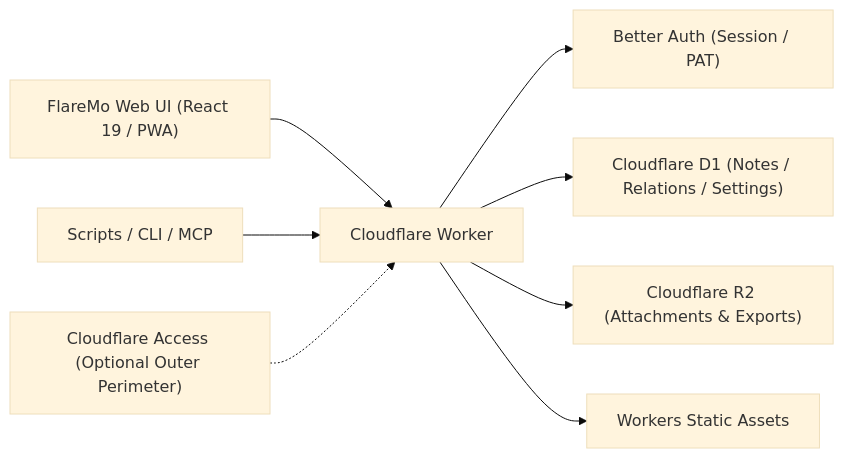
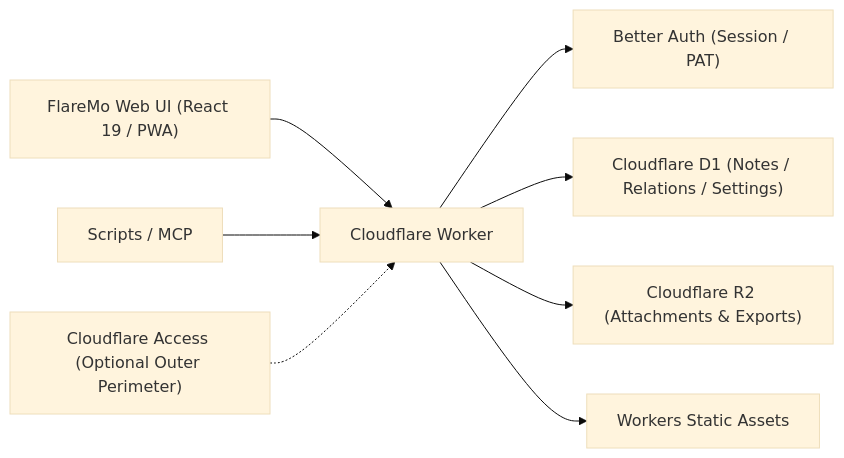
The diagram in README.ar.md (realchendahuang/FlareMo), drawn with Mermaid (base theme) before and after one commit. The commit also changed other lines of this file and 152 other files, not shown here.

````diff
--- a/README.ar.md
+++ b/README.ar.md
@@ -198,11 +198,11 @@
 ```mermaid
 flowchart LR
   Browser["FlareMo Web UI (React 19 / PWA)"] --> Worker["Cloudflare Worker"]
-  Clients["Scripts / CLI / MCP"] --> Worker
+  Clients["Scripts / MCP"] --> Worker
 
   Worker --> Auth["Better Auth (Session / PAT)"]
   Worker --> D1["Cloudflare D1 (Notes / Relations / Settings)"]
   Access["Cloudflare Access (Optional Outer Perimeter)"] -.-> Worker
   Worker --> R2["Cloudflare R2 (Attachments & Exports)"]
   Worker --> Assets["Workers Static Assets"]
 ```
````
